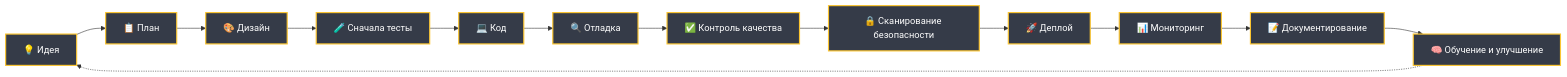
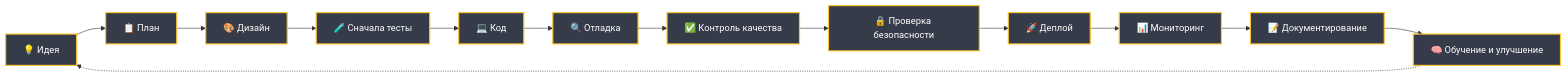
Before and after one commit to tody-agent/codymaster: the second of 3 diagrams in README-ru.md, drawn with Mermaid. The commit also changed other lines of this file and 57 other files, not shown here.

````diff
--- a/README-ru.md
+++ b/README-ru.md
@@ -79,17 +79,17 @@
 ```mermaid
 graph LR
     A["💡 Идея"] --> B["📋 План"]
     B --> C["🎨 Дизайн"]
     C --> D["🧪 Сначала тесты"]
     D --> E["💻 Код"]
     E --> F["🔍 Отладка"]
     F --> G["✅ Контроль качества"]
-    G --> H["🔒 Сканирование безопасности"]
+    G --> H["🔒 Проверка безопасности"]
     H --> I["🚀 Деплой"]
     I --> J["📊 Мониторинг"]
     J --> K["📝 Документирование"]
     K --> L["🧠 Обучение и улучшение"]
     L -.-> A
     classDef phase fill:#353b48,stroke:#fbc531,stroke-width:2px,color:#fff;
     class A,B,C,D,E,F,G,H,I,J,K,L phase;
 ```
````
